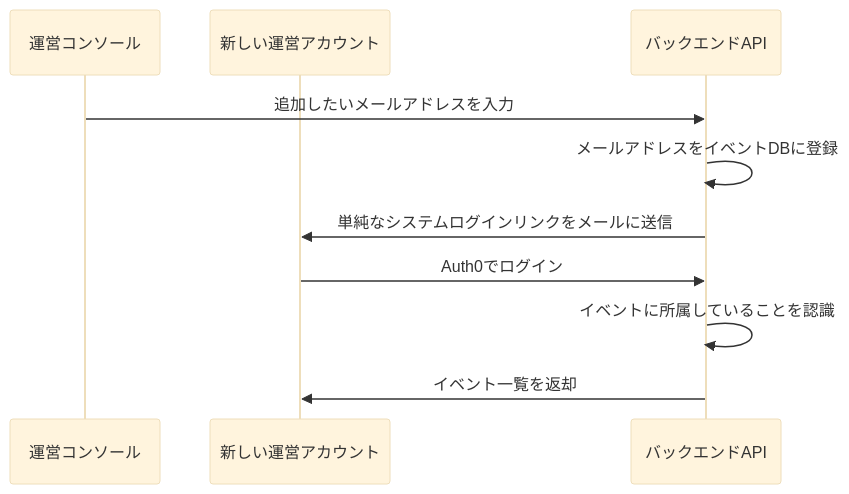
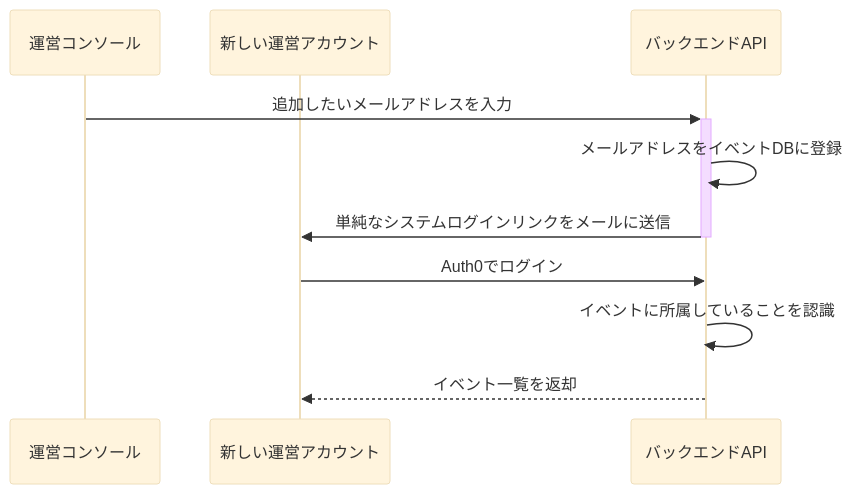
One commit to after-school-garbage-squad/repaint-architecture changed the third of 13 diagrams in docs/sequence/admin.md. Above: the diagram before and after it, drawn with Mermaid (base theme). The commit also changed other lines of this file and 3 other files, not shown here.

````diff
--- a/docs/sequence/admin.md
+++ b/docs/sequence/admin.md
@@ -32,13 +32,13 @@
 ```mermaid
 sequenceDiagram
     participant web as 運営コンソール
     participant new as 新しい運営アカウント
     participant back as バックエンドAPI
-    web ->> back: 追加したいメールアドレスを入力
+    web ->>+ back: 追加したいメールアドレスを入力
     back  ->> back: メールアドレスをイベントDBに登録
-    back ->> new: 単純なシステムログインリンクをメールに送信
+    back ->>- new: 単純なシステムログインリンクをメールに送信
     new ->> back: Auth0でログイン
     back ->> back: イベントに所属していることを認識
-    back ->> new: イベント一覧を返却
+    back -->> new: イベント一覧を返却
     
 ```
````
